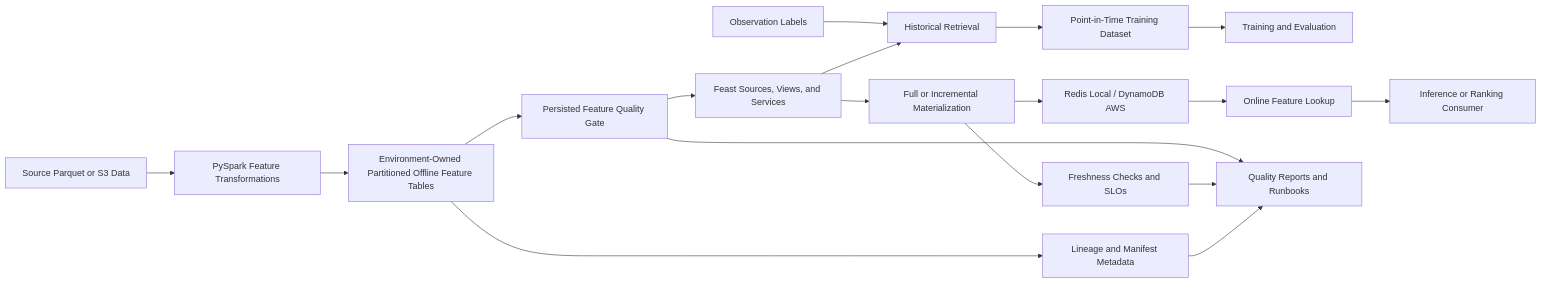
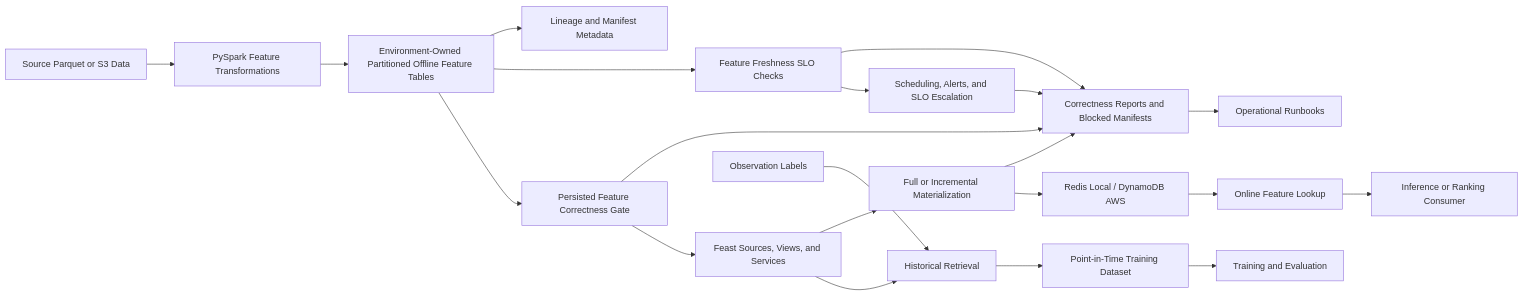
Before and after one commit to oster-dev/featureforge: the second of 2 diagrams in ARCHITECTURE.md, drawn with Mermaid. The commit also changed other lines of this file and 2 other files, not shown here.

First line of the commit message:
docs: document freshness and failure handling

````diff
--- a/ARCHITECTURE.md
+++ b/ARCHITECTURE.md
@@ -1175,24 +1422,29 @@
 ```mermaid
 flowchart LR
     Source[Source Parquet or S3 Data] --> Spark[PySpark Feature Transformations]
     Spark --> Offline[Environment-Owned Partitioned Offline Feature Tables]
 
-    Offline --> Gate[Persisted Feature Quality Gate]
-    Gate --> Feast[Feast Sources, Views, and Services]
+    Offline --> Correctness[Persisted Feature Correctness Gate]
+    Offline --> Freshness[Feature Freshness SLO Checks]
+
+    Correctness --> Feast[Feast Sources, Views, and Services]
+    Freshness --> Operations[Scheduling, Alerts, and SLO Escalation]
 
     Labels[Observation Labels] --> Historical[Historical Retrieval]
     Feast --> Historical
     Historical --> Training[Point-in-Time Training Dataset]
     Training --> ML[Training and Evaluation]
 
     Feast --> Materialize[Full or Incremental Materialization]
     Materialize --> Online[Redis Local / DynamoDB AWS]
     Online --> Serving[Online Feature Lookup]
     Serving --> Consumer[Inference or Ranking Consumer]
 
     Offline --> Lineage[Lineage and Manifest Metadata]
-    Gate --> Reports[Quality Reports and Runbooks]
-    Materialize --> Freshness[Freshness Checks and SLOs]
+    Correctness --> Reports[Correctness Reports and Blocked Manifests]
     Freshness --> Reports
-    Lineage --> Reports
+    Materialize --> Reports
+    Operations --> Reports
+
+    Reports --> Runbooks[Operational Runbooks]
 ```
````
